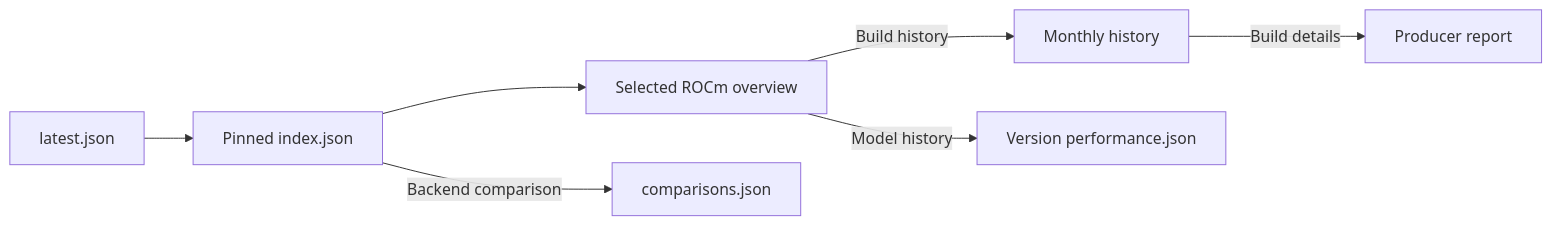
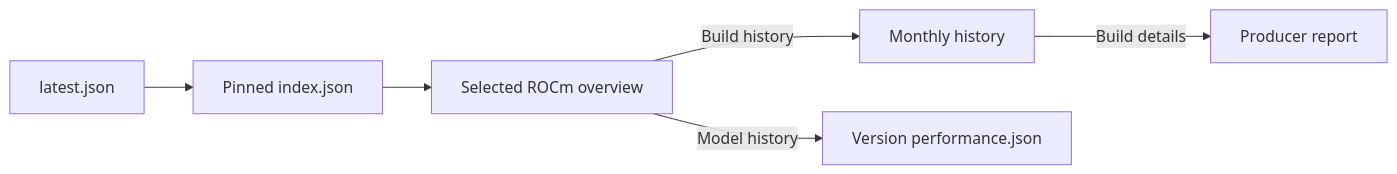
The second of 2 diagrams in docs/data-flow.md (lemonade-sdk/rocm-readiness), drawn with Mermaid before and after one commit. The commit also changed other lines of this file and 22 other files, not shown here.

````diff
--- a/docs/data-flow.md
+++ b/docs/data-flow.md
@@ -30,9 +33,8 @@
 ```mermaid
 flowchart LR
     Latest["latest.json"] --> Index["Pinned index.json"]
     Index --> Overview["Selected ROCm overview"]
     Overview -->|Build history| History["Monthly history"]
     History -->|Build details| Report["Producer report"]
     Overview -->|Model history| Performance["Version performance.json"]
-    Index -->|Backend comparison| Baseline["comparisons.json"]
 ```
````
